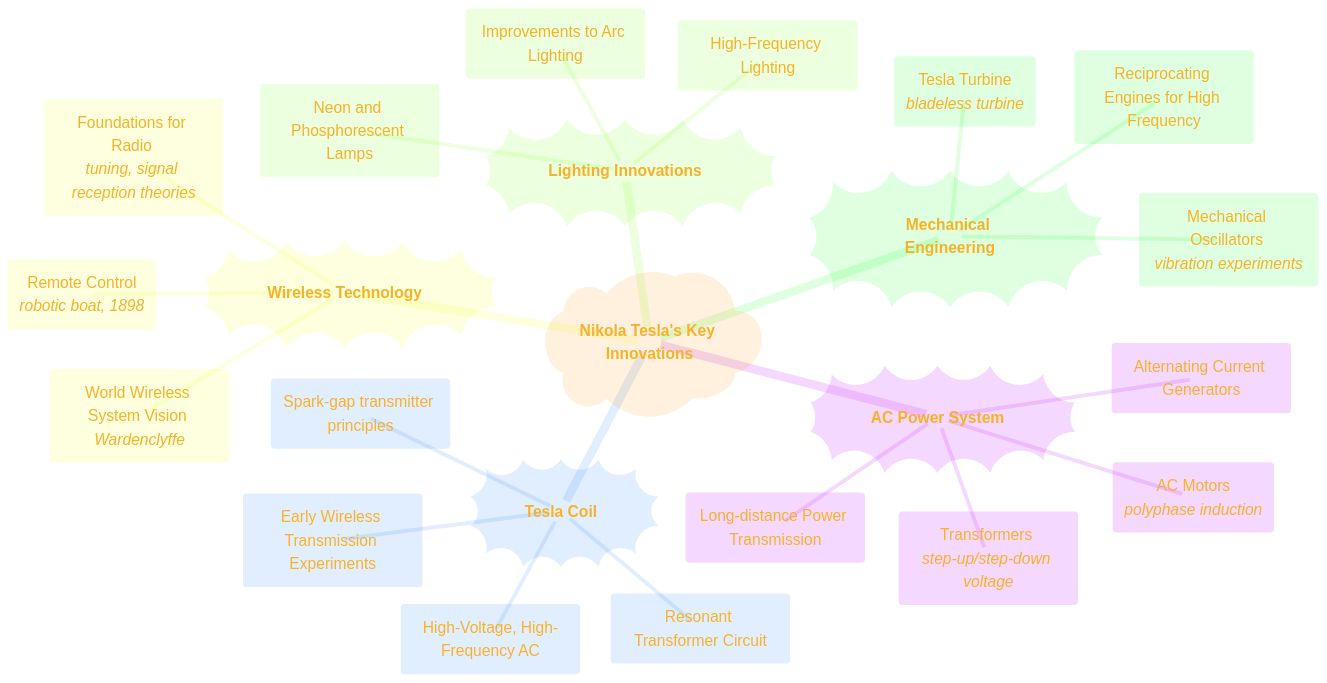
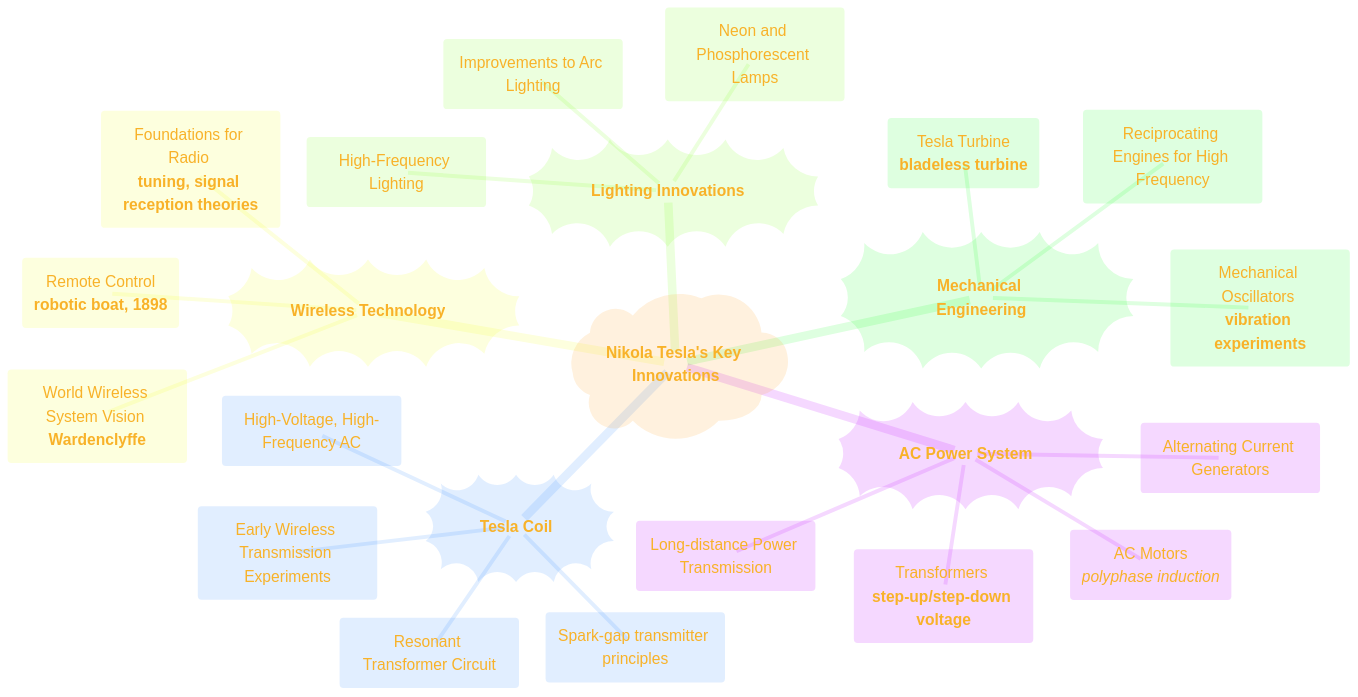
The eighth of 9 diagrams in Case_Files_Nikola_Tesla/Case_Files_Nikola_Tesla.md (CongLeSolutionX/Nikola_Tesla), drawn with Mermaid before and after one commit. The commit also changed other lines of this file, not shown here.

````diff
--- a/Case_Files_Nikola_Tesla/Case_Files_Nikola_Tesla.md
+++ b/Case_Files_Nikola_Tesla/Case_Files_Nikola_Tesla.md
@@ -542,59 +548,59 @@
 ```mermaid
 ---
 title: "Key Inventions Summary"
 author: "Cong Le"
 version: "1.0"
 license(s): "MIT, CC BY 4.0"
 copyright: "Copyright (c) 2025 Cong Le. All Rights Reserved."
 config:
   theme: base
 ---
 %%%%%%%% Mermaid version v11.4.1-b.14
 %%{
   init: {
     'fontFamily': 'Andale Mono, monospace',
     'mindmap': {
 	    'nodeAlign': 'center',
 	    'padding': 20
     },
     'themeVariables': {
       'primaryColor': '#FC82',
       'primaryTextColor': '#F8B229',
       'primaryBorderColor': '#27AE60',
       'secondaryColor': '#EBF3',
       'secondaryTextColor': '#6C3483',
       'secondaryBorderColor': '#A569BD',
       'fontSize': '20px'
     }
   }
 }%%
 mindmap
   root)"**Nikola Tesla's Key Innovations**"(
     AC_Power_System))"**AC Power System**"((
       ::icon(fa fa-bolt)
       ("Alternating Current Generators")
       ("AC Motors <br><em>polyphase induction</em>")
-      ("Transformers <br><em>step-up/step-down voltage</em>")
+      ("Transformers <br>**step-up/step-down voltage**")
       ("Long-distance Power Transmission")
     Tesla_Coil))"**Tesla Coil**"((
       ::icon(fa fa-broadcast-tower)
       ("High-Voltage, High-Frequency AC")
       ("Resonant Transformer Circuit")
       ("Early Wireless Transmission Experiments")
       ("Spark-gap transmitter principles")
     Wireless_Technology))"**Wireless Technology**"((
       ::icon(fa fa-wifi)
-      ("Remote Control <br/><em>robotic boat, 1898</em>")
-      ("Foundations for Radio <br><em>tuning, signal reception theories</em>")
-      ("World Wireless System Vision <br><em>Wardenclyffe</em>")
+      ("Remote Control <br/>**robotic boat, 1898**")
+      ("Foundations for Radio <br/>**tuning, signal reception theories**")
+      ("World Wireless System Vision <br>**Wardenclyffe**")
     Lighting_Innovations))"**Lighting Innovations**"((
       ::icon(fa fa-lightbulb)
       ("Improvements to Arc Lighting")
       ("Neon and Phosphorescent Lamps")
       ("High-Frequency Lighting")
     Mechanical_Engineering))"**Mechanical Engineering**"((
       ::icon(fa fa-cogs)
-      ("Tesla Turbine <br><em>bladeless turbine</em>")
+      ("Tesla Turbine <br>**bladeless turbine**")
       ("Reciprocating Engines for High Frequency")
-      ("Mechanical Oscillators <br><em>vibration experiments</em>")
+      ("Mechanical Oscillators <br>**vibration experiments**")
 ```
````
